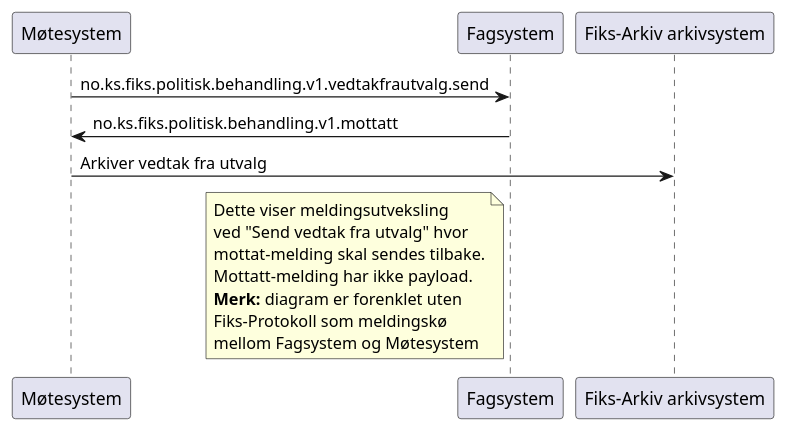
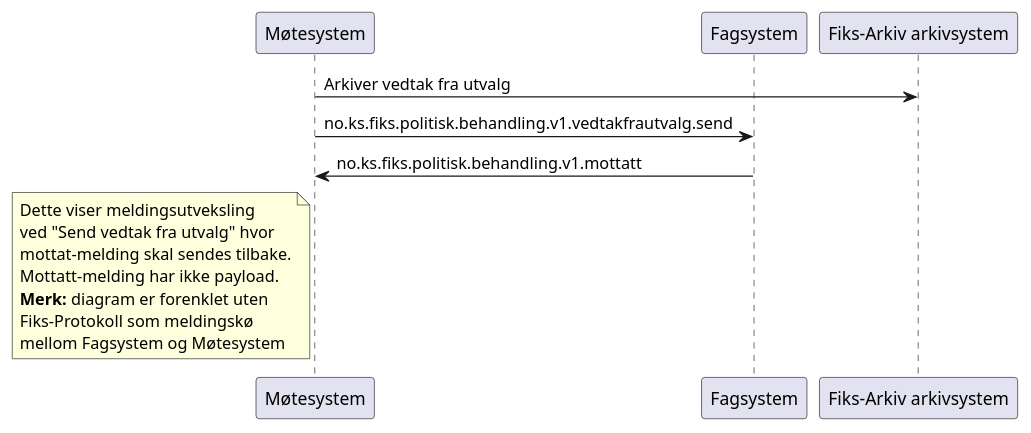
One commit to ks-no/fiks-politisk-behandling-specification changed the diagram in Dokumentasjon/V1/meldingsutveksling/vedtakfrautvalg-send/sekvensdiagram/sekvensdiagram-vedtakfrautvalg-send.puml. Above: the diagram before and after it, drawn with PlantUML. The commit also changed 57 other files, not shown here.

Commit message:
Oppdatert diagrammer og README's i henhold til kommentarer

```diff
--- a/Dokumentasjon/V1/meldingsutveksling/vedtakfrautvalg-send/sekvensdiagram/sekvensdiagram-vedtakfrautvalg-send.puml
+++ b/Dokumentasjon/V1/meldingsutveksling/vedtakfrautvalg-send/sekvensdiagram/sekvensdiagram-vedtakfrautvalg-send.puml
@@ -1,20 +1,20 @@
 @startuml
 participant Møtesystem as "Møtesystem"
 participant Fagsystem as "Fagsystem"
 participant Arkivsystem as "Fiks-Arkiv arkivsystem"
 
+Møtesystem -> Arkivsystem : Arkiver vedtak fra utvalg
 Møtesystem -> Fagsystem : no.ks.fiks.politisk.behandling.v1.vedtakfrautvalg.send
 Møtesystem <- Fagsystem : no.ks.fiks.politisk.behandling.v1.mottatt
-Møtesystem -> Arkivsystem : Arkiver vedtak fra utvalg
 
-note left of Fagsystem
+note left of Møtesystem
 Dette viser meldingsutveksling
 ved "Send vedtak fra utvalg" hvor 
 mottat-melding skal sendes tilbake.
 Mottatt-melding har ikke payload.
 **Merk:** diagram er forenklet uten
 Fiks-Protokoll som meldingskø
 mellom Fagsystem og Møtesystem
 end note
 
 @enduml
```
